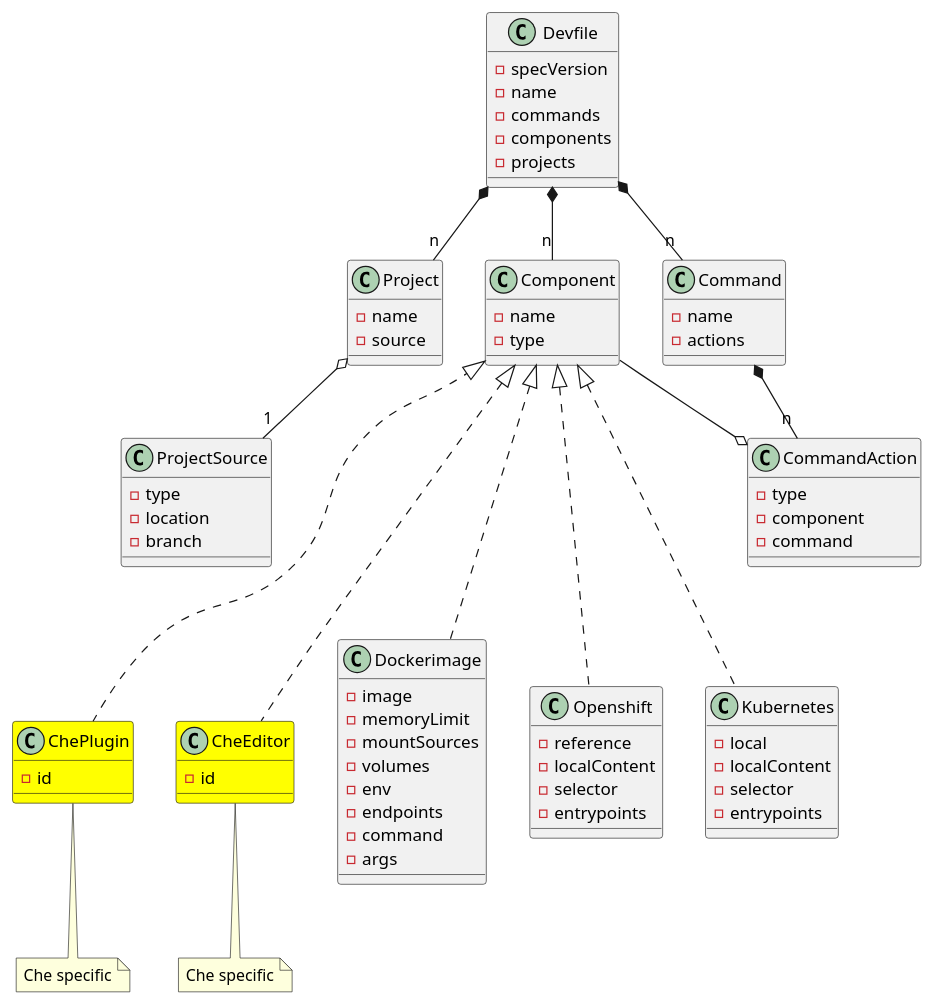
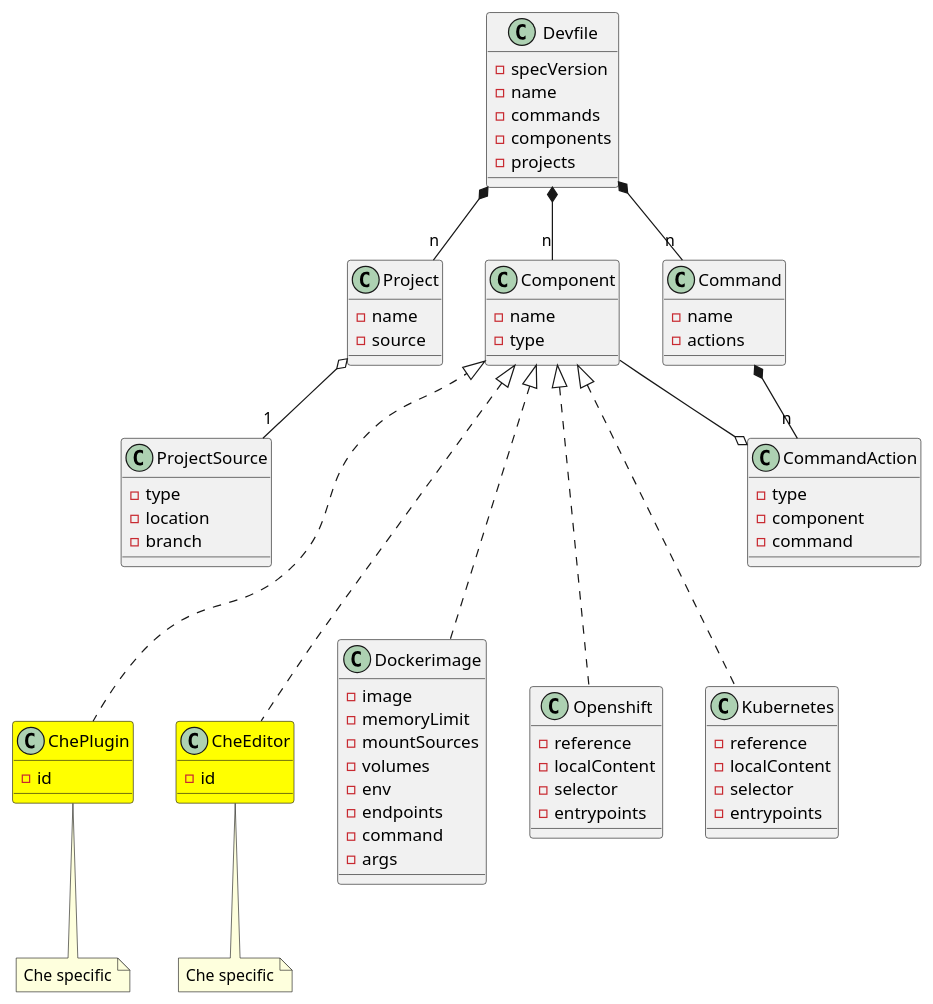
Before and after one commit to redhat-developer/devfile: the diagram in devfile_next.plantuml, drawn with PlantUML. The commit also changed 1 other file, not shown here.

```diff
--- a/devfile_next.plantuml
+++ b/devfile_next.plantuml
@@ -1,102 +1,102 @@
 @startuml devfile_next
 
 class Devfile {
   - specVersion
   - name
   - commands
   - components
   - projects
 }
 
 together {
   class Component
   class Command
   class Project
 }
 
 Devfile *-- "n" Component
 Devfile *-- "n" Command
 Devfile *-- "n" Project
 
 class Component {
     - name
     - type
 }
 
 
 Component <|-.. Dockerimage
 Component <|-.. Openshift
 Component <|-.. Kubernetes
 Component <|-.. ChePlugin
 Component <|-.. CheEditor
 
 class Command {
   - name
   - actions
 }
 
 Command *-- "n" CommandAction
 CommandAction o-- Component
 
 class CommandAction {
   - type
   - component
   - command
 }
 
 class Project {
   - name
   - source
 }
 
 Project o-- "1" ProjectSource
 
 class ProjectSource {
   - type
   - location
   - branch
 }
 
 Project -[hidden]> Component
 Component -[hidden]> Command
 ProjectSource -[hidden]> CommandAction
 
 class Dockerimage {
    - image
    - memoryLimit
    - mountSources
    - volumes
    - env
    - endpoints
    - command
    - args
 }
 
 class Openshift {
   - reference
   - localContent
   - selector
   - entrypoints
 }
 
 class Kubernetes {
-  - local
+  - reference
   - localContent
   - selector
   - entrypoints
 }
 
 class ChePlugin #yellow {
   - id
 }
 note bottom of ChePlugin: Che specific
 
 class CheEditor #yellow {
   - id
 }
 note bottom of CheEditor: Che specific
 
 ChePlugin -[hidden]> CheEditor
 CheEditor -[hidden]> Dockerimage
 
 @enduml
```
